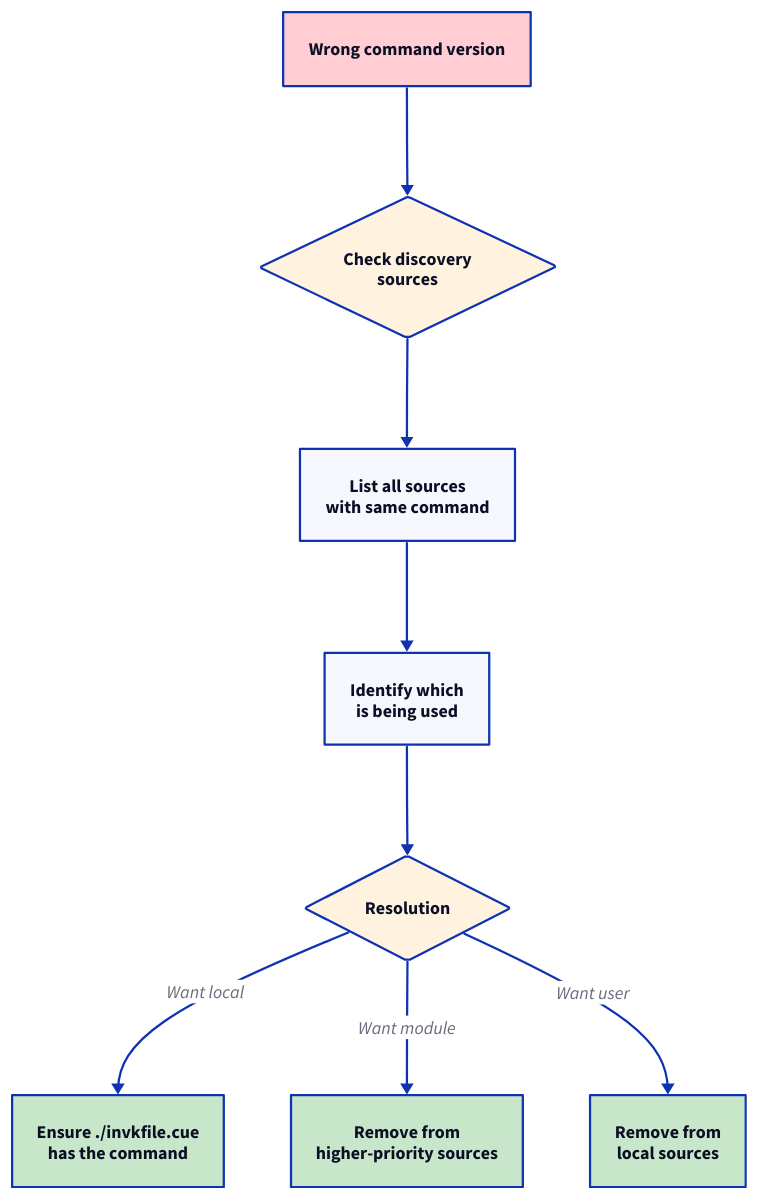
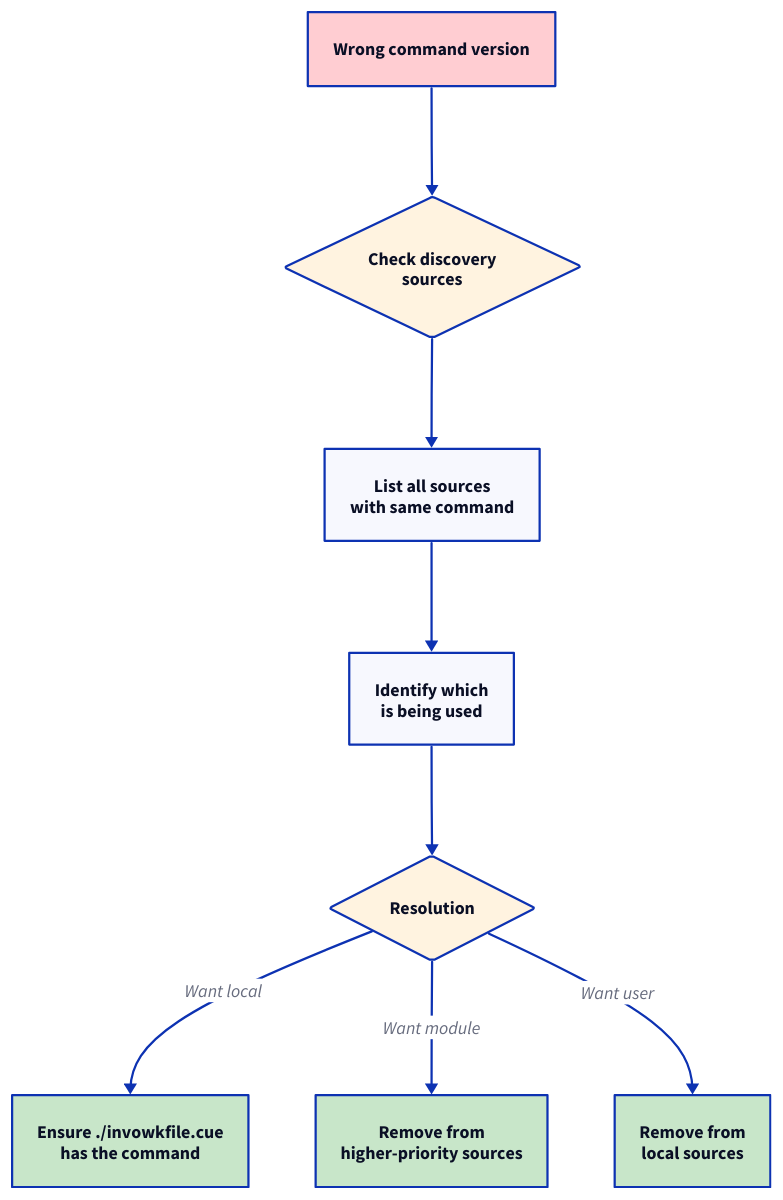
The diagram in docs/diagrams/flowcharts/discovery-wrong-version.d2 (invowk/invowk), drawn with D2 before and after one commit. The commit also changed 489 other files, not shown here. The source asks for the TALA layout; these drawings use dagre instead.

First line of the commit message:
refactor: rename invk references — invkfile→invowkfile, invkmod→invowkmod, --invk-*→--ivk-* (#43)

```diff
--- a/docs/diagrams/flowcharts/discovery-wrong-version.d2
+++ b/docs/diagrams/flowcharts/discovery-wrong-version.d2
@@ -1,52 +1,52 @@
 # Wrong Command Version Troubleshooting Flowchart
 #
 # Diagnostic flowchart for when the wrong version of a command
 # is being executed, guiding users to resolve priority conflicts.
 #
 # Source: docs/architecture/flowchart-discovery.md
 
 vars: {
   d2-config: {
     layout-engine: tala
   }
 }
 
 direction: down
 
 Wrong: Wrong command version {
   style.fill: "#FFCDD2"
 }
 
 CheckPriority: Check discovery\nsources {
   shape: diamond
   style.fill: "#FFF3E0"
 }
 
 ListSources: List all sources\nwith same command
 
 Identify: Identify which\nis being used
 
 Fix: Resolution {
   shape: diamond
   style.fill: "#FFF3E0"
 }
 
-Ensure1: Ensure ./invkfile.cue\nhas the command {
+Ensure1: Ensure ./invowkfile.cue\nhas the command {
   style.fill: "#C8E6C9"
 }
 
 Ensure2: Remove from\nhigher-priority sources {
   style.fill: "#C8E6C9"
 }
 
 Ensure3: Remove from\nlocal sources {
   style.fill: "#C8E6C9"
 }
 
 Wrong -> CheckPriority
 CheckPriority -> ListSources
 ListSources -> Identify
 Identify -> Fix
 Fix -> Ensure1: Want local
 Fix -> Ensure2: Want module
 Fix -> Ensure3: Want user
```
